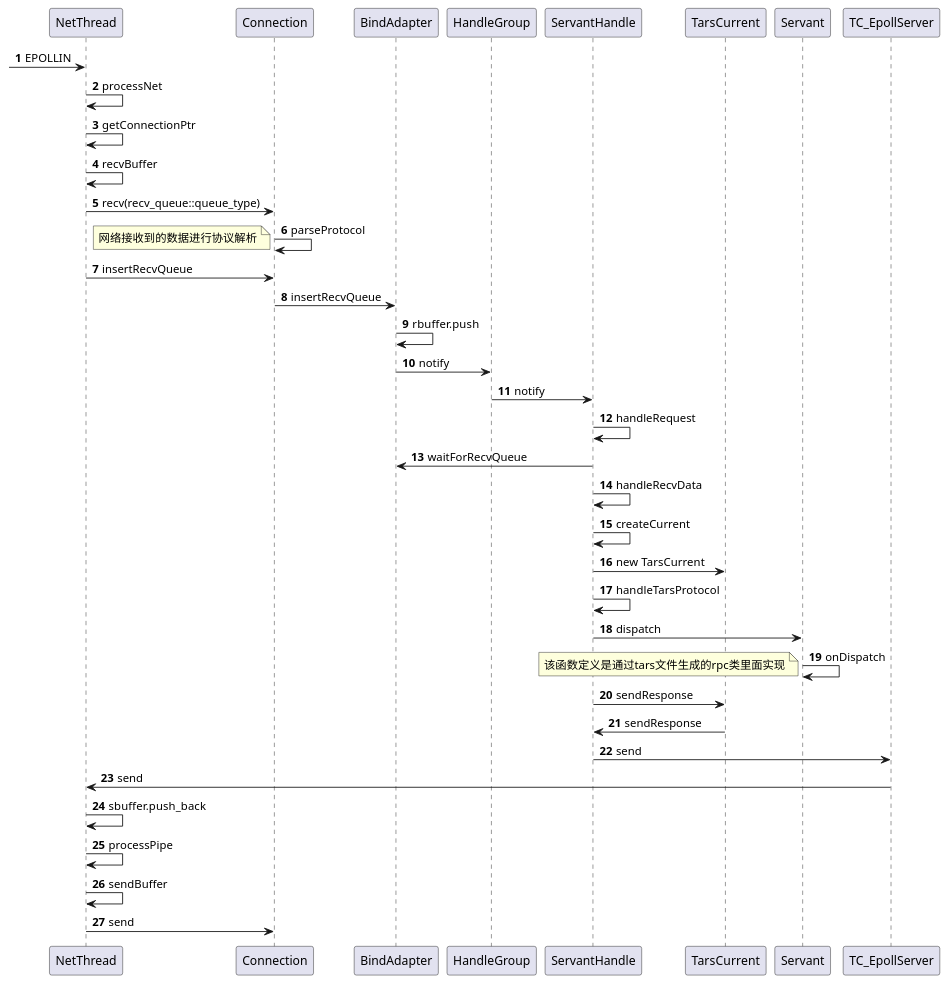
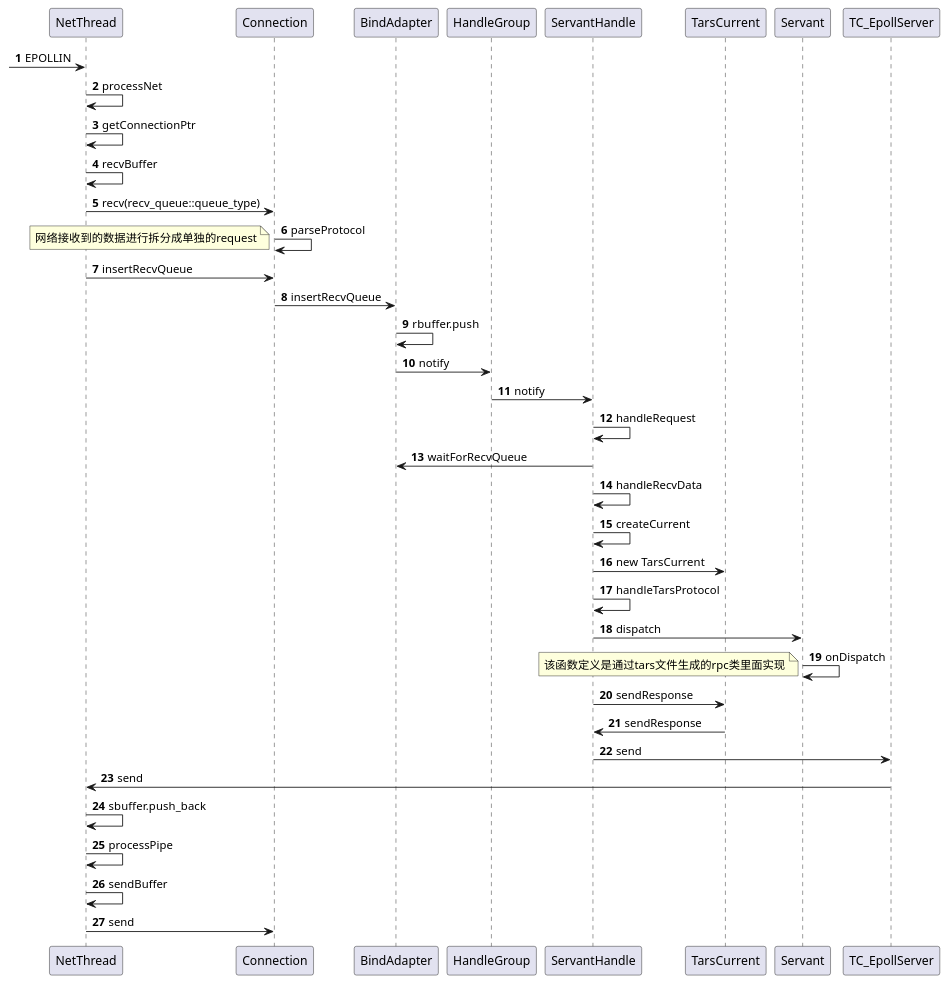
One commit to as-xjc/tars_analysis changed the diagram in uml/net_receive.puml. Above: the diagram before and after it, drawn with PlantUML. The commit also changed 1 other file, not shown here.

```diff
--- a/uml/net_receive.puml
+++ b/uml/net_receive.puml
@@ -1,38 +1,38 @@
 @startuml
 autonumber
 
 [-> NetThread:EPOLLIN
 
 NetThread -> NetThread:processNet
 NetThread -> NetThread:getConnectionPtr
 NetThread -> NetThread:recvBuffer
 NetThread -> Connection:recv(recv_queue::queue_type)
 Connection -> Connection:parseProtocol
-note left:网络接收到的数据进行协议解析
+note left:网络接收到的数据进行拆分成单独的request
 NetThread -> Connection:insertRecvQueue
 
 Connection -> BindAdapter:insertRecvQueue
 BindAdapter -> BindAdapter:rbuffer.push
 BindAdapter -> HandleGroup :notify
 HandleGroup -> ServantHandle:notify
 
 ServantHandle -> ServantHandle: handleRequest
 ServantHandle -> BindAdapter: waitForRecvQueue
 ServantHandle -> ServantHandle: handleRecvData
 ServantHandle -> ServantHandle: createCurrent
 ServantHandle -> TarsCurrent: new TarsCurrent
 ServantHandle -> ServantHandle: handleTarsProtocol
 ServantHandle -> Servant: dispatch
 Servant -> Servant: onDispatch
 note left:该函数定义是通过tars文件生成的rpc类里面实现
 
 ServantHandle -> TarsCurrent: sendResponse
 TarsCurrent -> ServantHandle: sendResponse
 ServantHandle -> TC_EpollServer: send
 TC_EpollServer -> NetThread: send
 NetThread -> NetThread: sbuffer.push_back
 NetThread -> NetThread: processPipe
 NetThread -> NetThread: sendBuffer
 NetThread -> Connection: send
 
 @enduml
```
